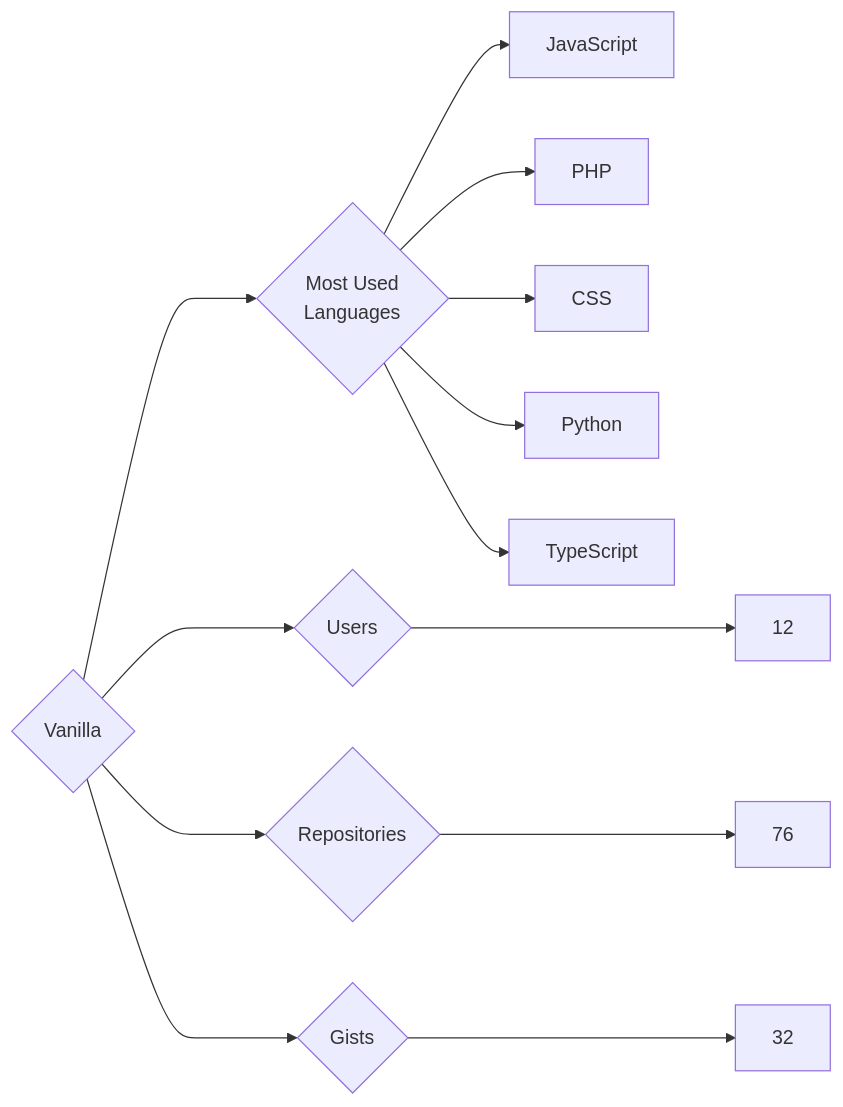
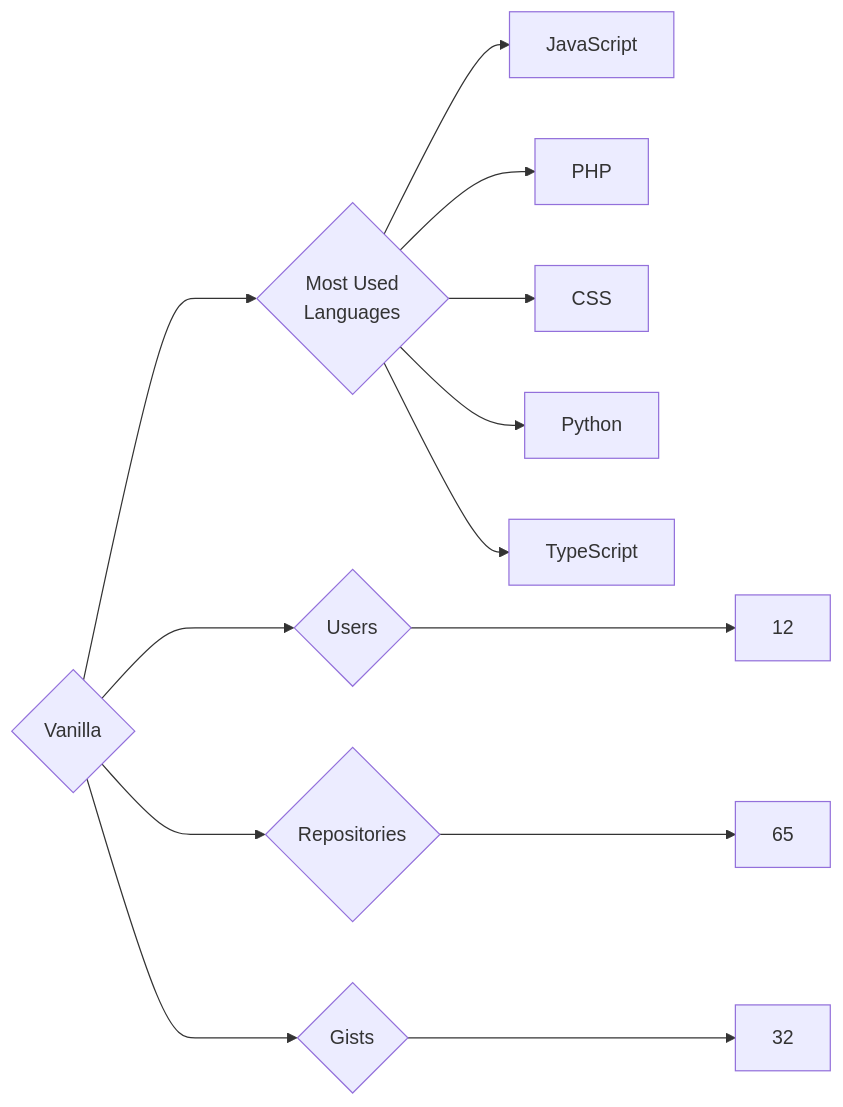
Before and after one commit to trickest/insiders: the diagram in targets/Vanilla/README.md, drawn with Mermaid. The commit also changed 773 other files, not shown here.

````diff
--- a/targets/Vanilla/README.md
+++ b/targets/Vanilla/README.md
@@ -3,13 +3,13 @@
 ```mermaid
 graph LR
 COMPANY_NAME{Vanilla}
 COMPANY_NAME ---> U{Users} ---> UN[12]
-COMPANY_NAME ---> R{Repositories} ---> RN[76]
+COMPANY_NAME ---> R{Repositories} ---> RN[65]
 COMPANY_NAME ---> G{Gists} ---> GN[32]
 COMPANY_NAME ---> ML{Most Used<br>Languages}
 ML --> JavaScript[JavaScript]
 ML --> PHP[PHP]
 ML --> CSS[CSS]
 ML --> Python[Python]
 ML --> TypeScript[TypeScript]
 ```
````
